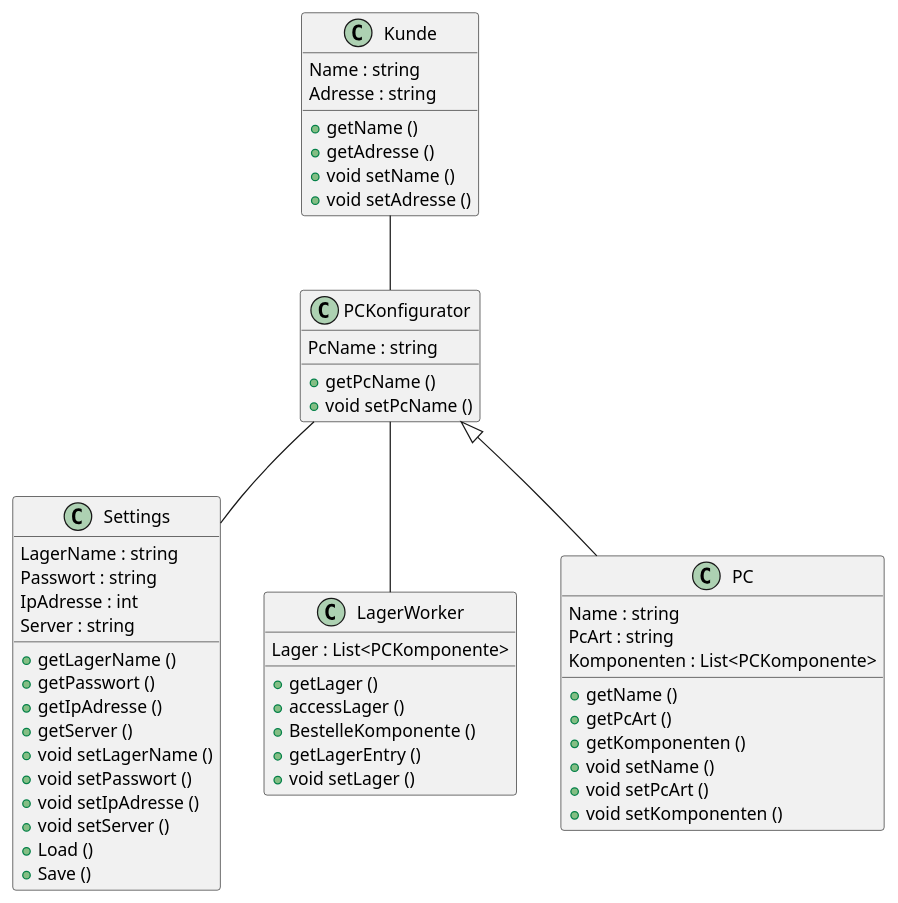
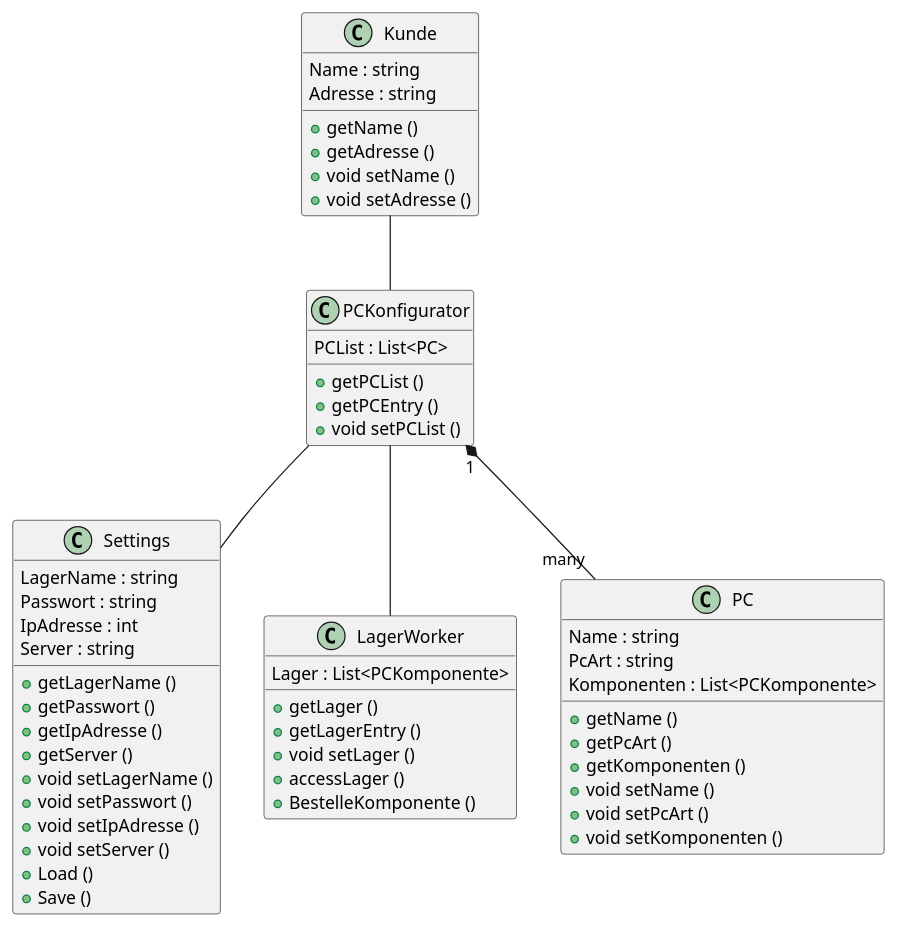
Before and after one commit to Helmoralh/PC_Konfigurierer: the diagram in docs/KlassendiagrammMain.wsd, drawn with PlantUML. The commit also changed 4 other files, not shown here.

Commit message:
Fertigstellung Diagramme, PNGs hochgeladen

```diff
--- a/docs/KlassendiagrammMain.wsd
+++ b/docs/KlassendiagrammMain.wsd
@@ -1,50 +1,51 @@
 @startuml MainDIa
 Kunde -- PCKonfigurator
 PCKonfigurator -- Settings
 PCKonfigurator --  LagerWorker
-PCKonfigurator <|-- PC
+PCKonfigurator "1" *-- "many" PC
 
 
 Kunde : Name : string
 Kunde : Adresse : string
 Kunde : + getName ()
 Kunde : + getAdresse ()
 Kunde : + void setName ()
 Kunde : + void setAdresse ()
 
-PCKonfigurator : PcName : string
-PCKonfigurator : + getPcName ()
-PCKonfigurator : + void setPcName ()
+PCKonfigurator : PCList : List<PC>
+PCKonfigurator : + getPCList ()
+PCKonfigurator : + getPCEntry ()
+PCKonfigurator : + void setPCList ()
 
 Settings : LagerName : string
 Settings : Passwort : string
 Settings : IpAdresse : int
 Settings : Server : string
 Settings : + getLagerName ()
 Settings : + getPasswort ()
 Settings : + getIpAdresse ()
 Settings : + getServer ()
 Settings : + void setLagerName ()
 Settings : + void setPasswort ()
 Settings : + void setIpAdresse ()
 Settings : + void setServer ()
 Settings : + Load ()
 Settings : + Save ()
 
 LagerWorker : Lager : List<PCKomponente>
 LagerWorker : + getLager ()
+LagerWorker : + getLagerEntry ()
+LagerWorker : + void setLager ()
 LagerWorker : + accessLager ()
 LagerWorker : + BestelleKomponente ()
-LagerWorker : + getLagerEntry ()
-LagerWorker : + void setLager ()
 
 PC : Name : string
 PC : PcArt : string
 PC : Komponenten : List<PCKomponente>
 PC : + getName ()
 PC : + getPcArt ()
 PC : + getKomponenten ()
 PC : + void setName ()
 PC : + void setPcArt ()
 PC : + void setKomponenten ()
 @enduml
```
